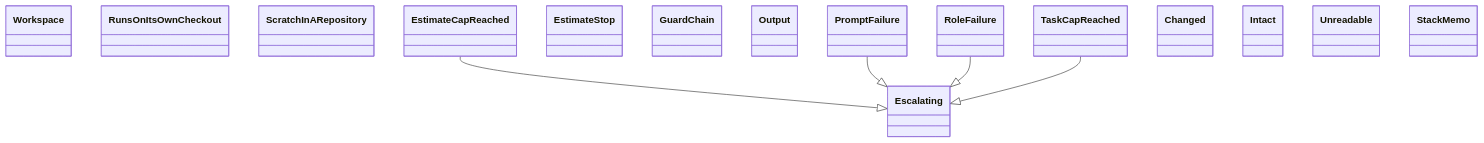
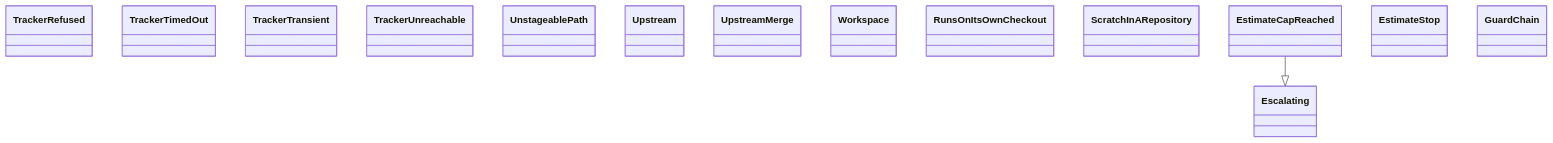
Before and after one commit to GonzaloZevallos/agentic-system: the diagram in docs/architecture/generated/classes-process-application-support-7.md, drawn with Mermaid. The commit also changed other lines of this file and 28 other files, not shown here.

````diff
--- a/docs/architecture/generated/classes-process-application-support-7.md
+++ b/docs/architecture/generated/classes-process-application-support-7.md
@@ -19,22 +20,18 @@
 ```mermaid
 classDiagram
+    class ports__TrackerRefused["TrackerRefused"]
+    class ports__TrackerTimedOut["TrackerTimedOut"]
+    class ports__TrackerTransient["TrackerTransient"]
+    class ports__TrackerUnreachable["TrackerUnreachable"]
+    class ports__UnstageablePath["UnstageablePath"]
+    class ports__Upstream["Upstream"]
+    class ports__UpstreamMerge["UpstreamMerge"]
     class ports__Workspace["Workspace"]
     class preflight__RunsOnItsOwnCheckout["RunsOnItsOwnCheckout"]
     class preflight__ScratchInARepository["ScratchInARepository"]
     class run_role__Escalating["Escalating"]
     class run_role__EstimateCapReached["EstimateCapReached"]
     class run_role__EstimateStop["EstimateStop"]
     class run_role__GuardChain["GuardChain"]
-    class run_role__Output["Output"]
-    class run_role__PromptFailure["PromptFailure"]
-    class run_role__RoleFailure["RoleFailure"]
-    class run_role__TaskCapReached["TaskCapReached"]
-    class spec_guard__Changed["Changed"]
-    class spec_guard__Intact["Intact"]
-    class spec_guard__Unreadable["Unreadable"]
-    class stack_facts__StackMemo["StackMemo"]
     run_role__EstimateCapReached --|> run_role__Escalating
-    run_role__PromptFailure --|> run_role__Escalating
-    run_role__RoleFailure --|> run_role__Escalating
-    run_role__TaskCapReached --|> run_role__Escalating
 ```
````
